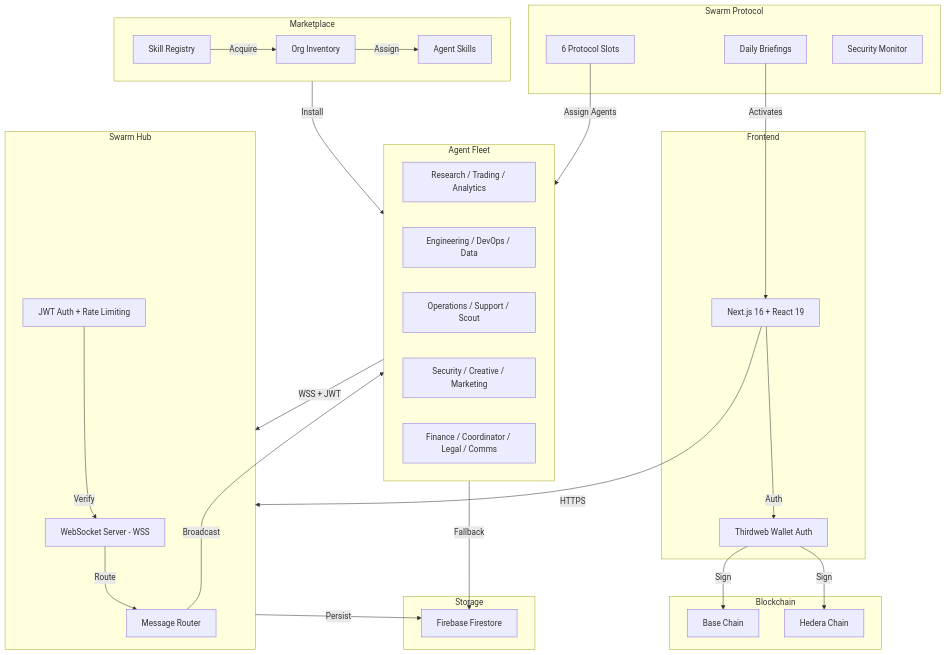
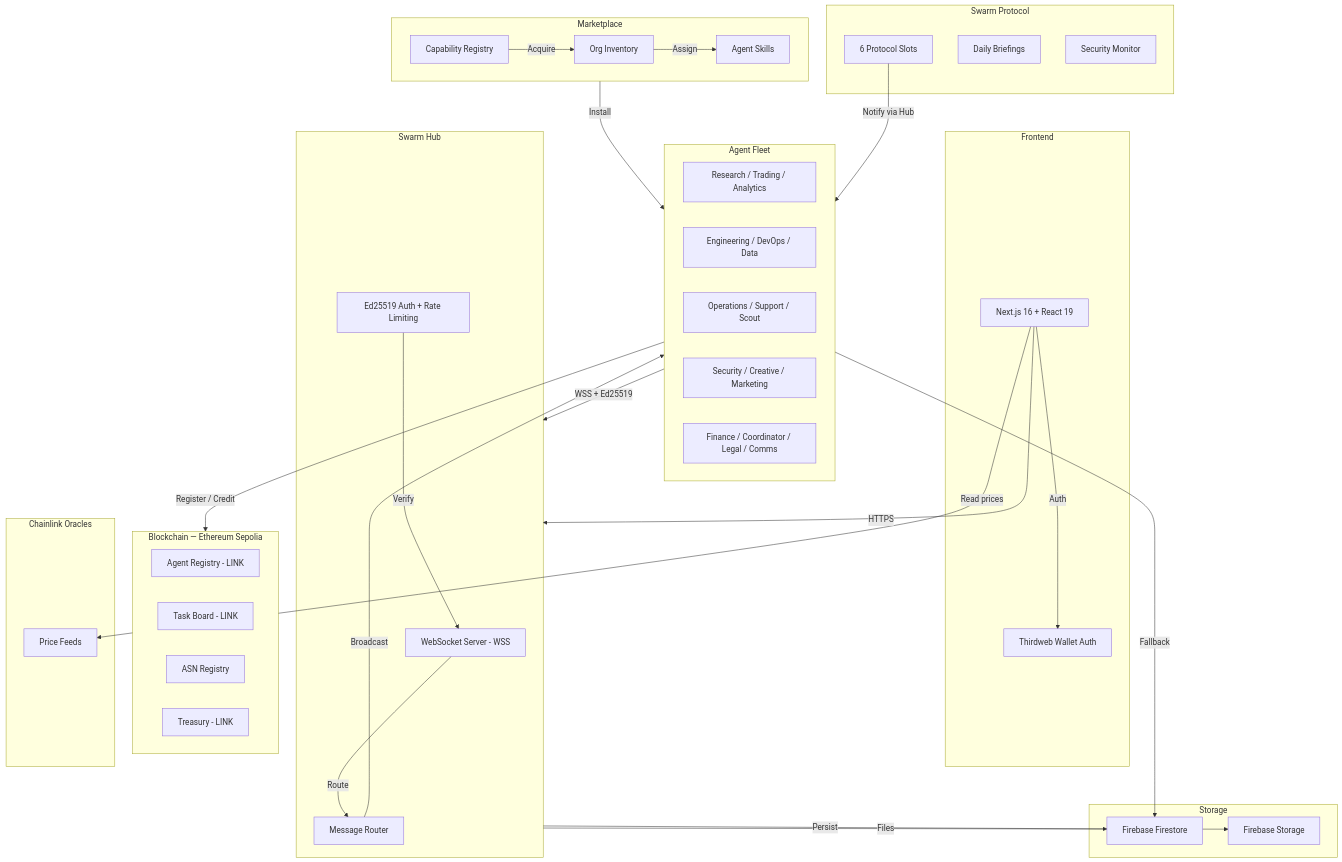
Before and after one commit to EcosystemNetwork/Swarm: the first of 3 diagrams in README.md, drawn with Mermaid. The commit also changed other lines of this file and 51 other files, not shown here.

````diff
--- a/README.md
+++ b/README.md
@@ -332,58 +444,65 @@
 ```mermaid
 graph TB
     subgraph Client["Frontend"]
         UI[Next.js 16 + React 19]
         TW[Thirdweb Wallet Auth]
     end
 
     subgraph Hub["Swarm Hub"]
         WSS[WebSocket Server - WSS]
-        JWT[JWT Auth + Rate Limiting]
+        ED[Ed25519 Auth + Rate Limiting]
         RT[Message Router]
     end
 
     subgraph Storage["Storage"]
         FS[Firebase Firestore]
+        FST[Firebase Storage]
     end
 
     subgraph Market["Marketplace"]
-        REG[Skill Registry]
+        REG[Capability Registry]
         INV[Org Inventory]
         AS[Agent Skills]
     end
 
     subgraph Protocol["Swarm Protocol"]
         SP[6 Protocol Slots]
         DB[Daily Briefings]
         SM[Security Monitor]
     end
 
-    subgraph Chains["Blockchain"]
-        BASE[Base Chain]
-        HEDERA[Hedera Chain]
+    subgraph Chains["Blockchain — Ethereum Sepolia"]
+        LINK_REG[Agent Registry - LINK]
+        LINK_TASK[Task Board - LINK]
+        ASN[ASN Registry]
+        TRES[Treasury - LINK]
+    end
+
+    subgraph Oracles["Chainlink Oracles"]
+        PF[Price Feeds]
     end
 
     subgraph Fleet["Agent Fleet"]
         A1[Research / Trading / Analytics]
         A2[Engineering / DevOps / Data]
         A3[Operations / Support / Scout]
         A4[Security / Creative / Marketing]
         A5[Finance / Coordinator / Legal / Comms]
     end
 
     UI -->|HTTPS| Hub
     UI -->|Auth| TW
-    TW -->|Sign| BASE
-    TW -->|Sign| HEDERA
     WSS -->|Route| RT
     RT -->|Broadcast| Fleet
-    JWT -->|Verify| WSS
+    ED -->|Verify| WSS
     Hub -->|Persist| FS
-    Fleet -->|WSS + JWT| Hub
+    Hub -->|Files| FST
+    Fleet -->|WSS + Ed25519| Hub
     Fleet -->|Fallback| FS
     Market -->|Install| Fleet
     REG -->|Acquire| INV
     INV -->|Assign| AS
-    SP -->|Assign Agents| Fleet
-    DB -->|Activates| UI
+    SP -->|Notify via Hub| Fleet
+    UI -->|Read prices| PF
+    Fleet -->|Register / Credit| Chains
 ```
````
